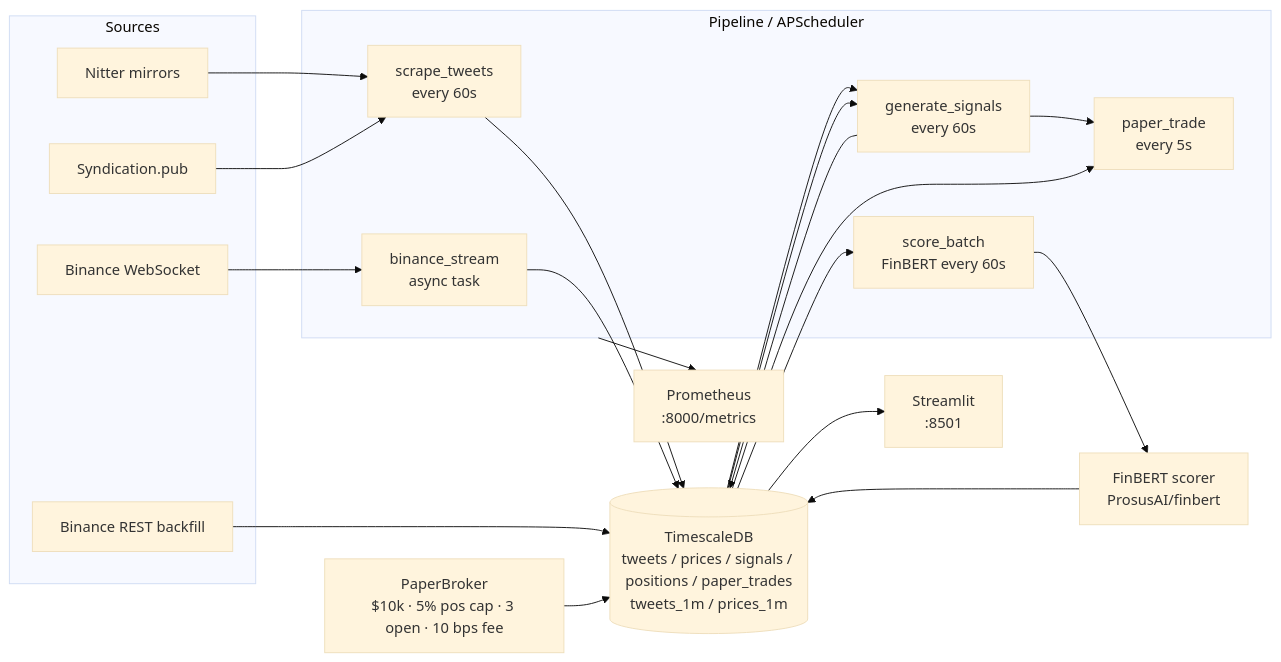
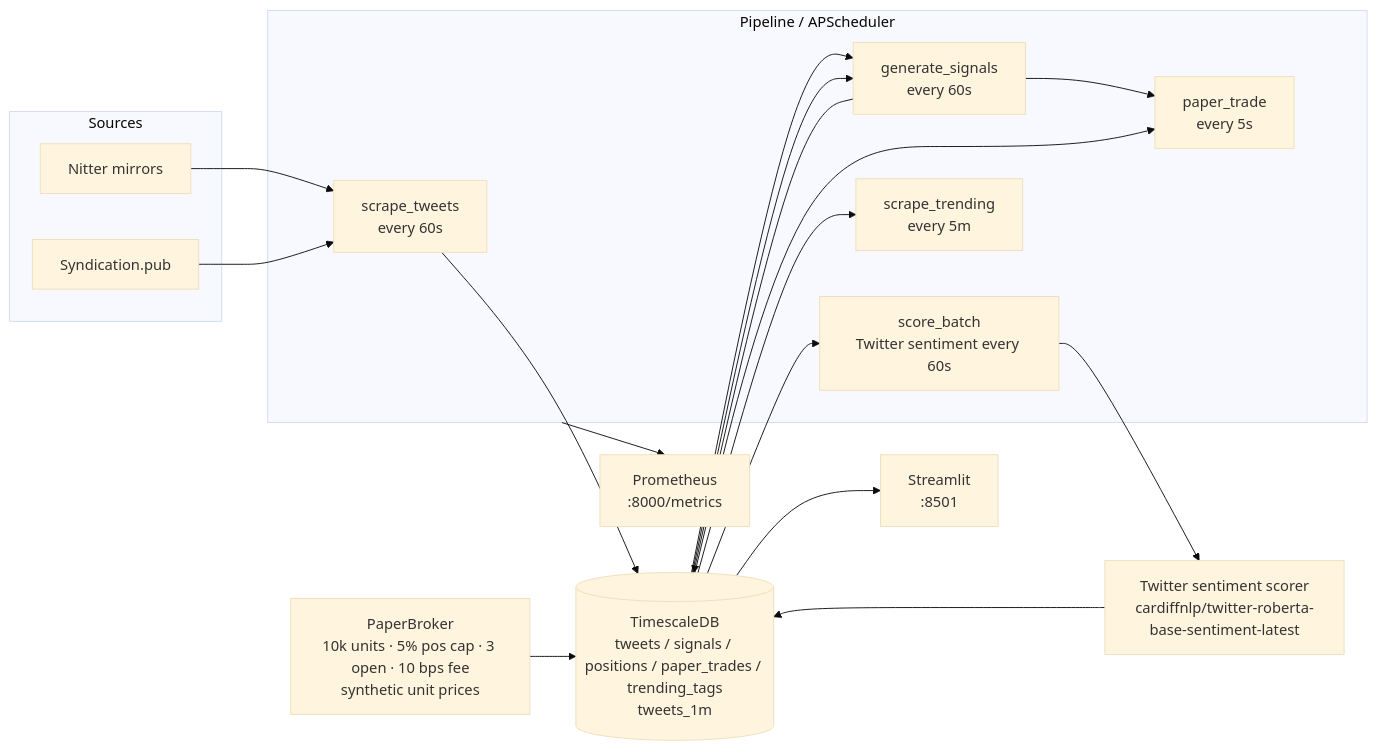
The diagram in ai-engineering/realtime-crypto-sentiment/docs/architecture.md (vishnoiprem/data-etl-ml), drawn with Mermaid (base theme) before and after one commit. The commit also changed other lines of this file and 36 other files, not shown here.

````diff
--- a/ai-engineering/realtime-crypto-sentiment/docs/architecture.md
+++ b/ai-engineering/realtime-crypto-sentiment/docs/architecture.md
@@ -5,34 +5,31 @@
 ```mermaid
 flowchart LR
   subgraph Sources
     N[Nitter mirrors]
     SY[Syndication.pub]
-    BW[Binance WebSocket]
-    BR[Binance REST backfill]
   end
   subgraph Pipeline[Pipeline / APScheduler]
     SC[scrape_tweets<br/>every 60s]
-    SB[score_batch<br/>FinBERT every 60s]
-    BST[binance_stream<br/>async task]
+    SB[score_batch<br/>Twitter sentiment every 60s]
     SG[generate_signals<br/>every 60s]
     PT[paper_trade<br/>every 5s]
+    ST[scrape_trending<br/>every 5m]
   end
-  TSDB[(TimescaleDB<br/>tweets / prices / signals / positions / paper_trades<br/>tweets_1m / prices_1m)]
-  ML[FinBERT scorer<br/>ProsusAI/finbert]
-  TR[PaperBroker<br/>$10k · 5% pos cap · 3 open · 10 bps fee]
+  TSDB[(TimescaleDB<br/>tweets / signals / positions / paper_trades / trending_tags<br/>tweets_1m)]
+  ML[Twitter sentiment scorer<br/>cardiffnlp/twitter-roberta-base-sentiment-latest]
+  TR[PaperBroker<br/>10k units · 5% pos cap · 3 open · 10 bps fee<br/>synthetic unit prices]
   DASH[Streamlit<br/>:8501]
   MET[Prometheus<br/>:8000/metrics]
 
   N --> SC
   SY --> SC
   SC --> TSDB
   TSDB --> SB --> ML --> TSDB
-  BW --> BST --> TSDB
-  BR --> TSDB
   TSDB --> SG --> TSDB
   TSDB --> SG --> PT
   TSDB --> PT
   TR --> TSDB
+  TSDB --> ST
   TSDB --> DASH
   Pipeline --> MET
 ```
````
